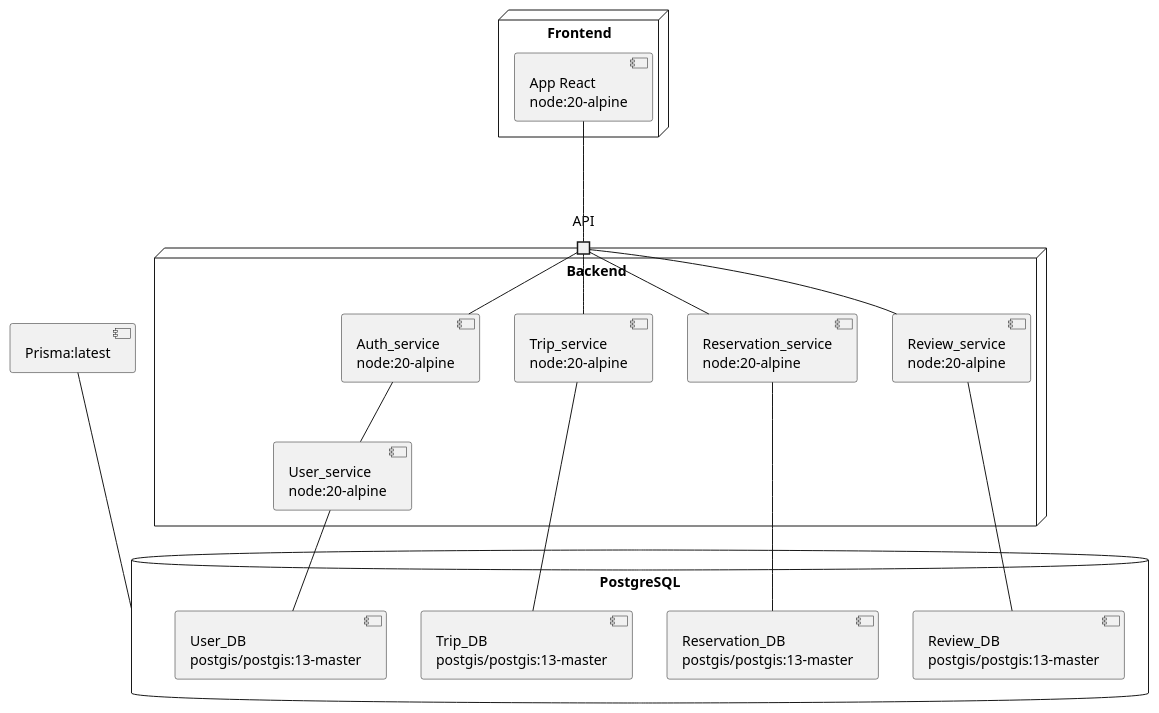
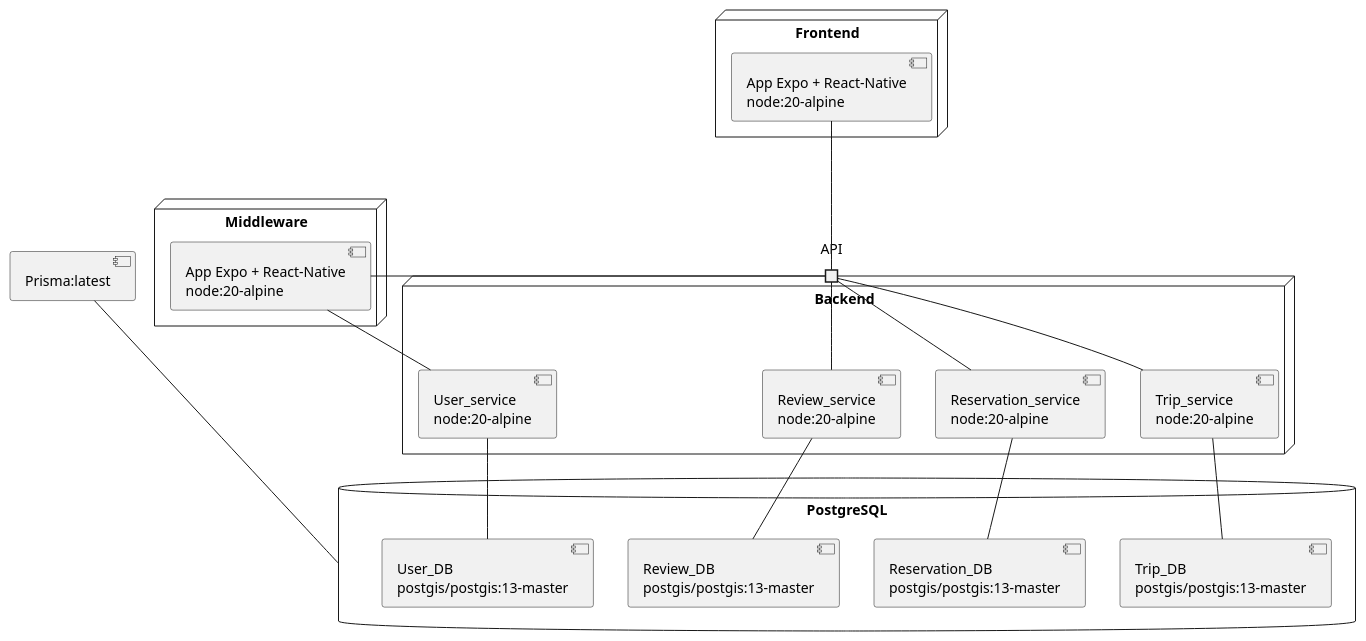
The diagram in documentation/concept/diagrams/architecture.puml (Ka-be/dishly), drawn with PlantUML before and after one commit. The commit also changed 11 other files, not shown here.

```diff
--- a/documentation/concept/diagrams/architecture.puml
+++ b/documentation/concept/diagrams/architecture.puml
@@ -1,71 +1,75 @@
 @startuml architecture
 
 
 node "Frontend" {
     component Client [
-        App React
+        App Expo + React-Native
+        node:20-alpine
+    ]
+}
+
+node "Middleware" {
+    component Auth[
+        App Expo + React-Native
         node:20-alpine
     ]
 }
 
 node "Backend" {
     component Trip [
         Trip_service
         node:20-alpine
     ]
     component User [
         User_service
         node:20-alpine
     ]
-    component Auth [
-        Auth_service
-        node:20-alpine
-    ]
+
     component Resa [
         Reservation_service
         node:20-alpine
     ]
 
     component Review [
         Review_service
         node:20-alpine
     ]
     
     port API 
     API - [Trip]
     API - [Auth]
     API - [Resa]
     API - [Review]
 }
 
 database "PostgreSQL" as pgsql {
     component Trip_DB [
         Trip_DB
         postgis/postgis:13-master
     ]
     component User_DB [
         User_DB
         postgis/postgis:13-master
     ]
     component Reservation_DB [
         Reservation_DB
         postgis/postgis:13-master
     ]
     component Review_DB [
         Review_DB
         postgis/postgis:13-master
     ]
 }
 
 [Client] --- API
 
 [Auth] -down- [User]
 
 [Trip_DB] -up-[Trip]
 [User_DB] -up- [User]
 [Reservation_DB] -up- [Resa]
 [Review_DB] -up- [Review]
 
 [Prisma:latest] --- [pgsql]
 
 @enduml
```
